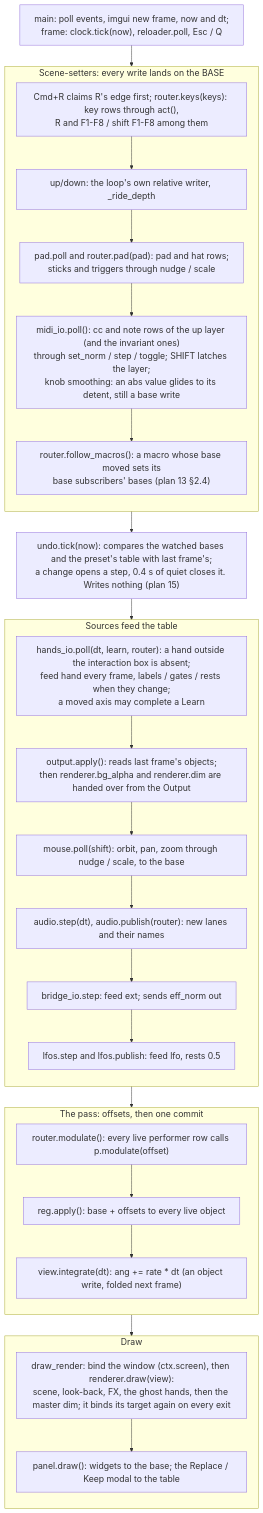
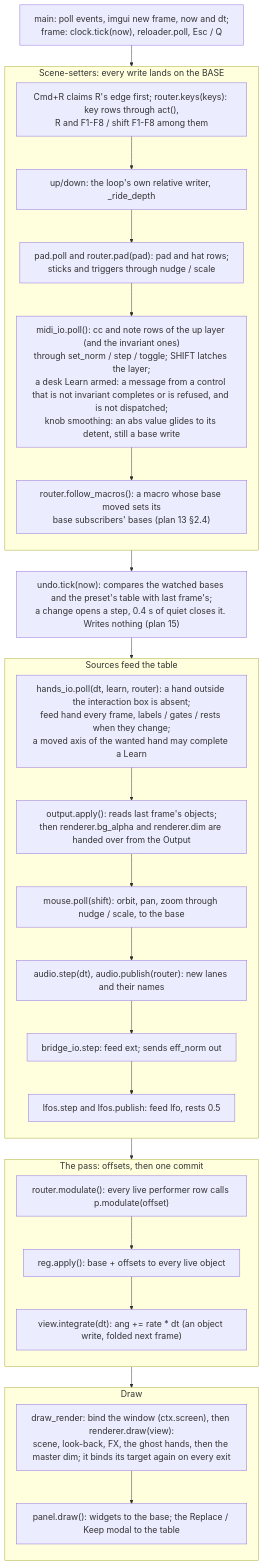
The diagram in hyperspace-python/docs/ARCHITECTURE.md (Cutaiar/hyperspace), drawn with Mermaid before and after one commit. The commit also changed other lines of this file and 5 other files, not shown here.

First line of the commit message:
Plan 17 WP6: ARCHITECTURE and ENGINEERING describe Learn, Unbind and the desk as built

````diff
--- a/hyperspace-python/docs/ARCHITECTURE.md
+++ b/hyperspace-python/docs/ARCHITECTURE.md
@@ -73,43 +73,43 @@
 ```mermaid
 %%{init: {"themeVariables": {"fontSize": "18px"}, "flowchart": {"nodeSpacing": 28, "rankSpacing": 44, "wrappingWidth": 420}}}%%
 flowchart TB
     S0["main: poll events, imgui new frame, now and dt;<br/>frame: clock.tick(now), reloader.poll, Esc / Q"]
     subgraph setters ["Scene-setters: every write lands on the BASE"]
         direction TB
         S1["Cmd+R claims R's edge first; router.keys(keys): key rows through act(),<br/>R and F1-F8 / shift F1-F8 among them"]
         S2["up/down: the loop's own relative writer, _ride_depth"]
         S3["pad.poll and router.pad(pad): pad and hat rows;<br/>sticks and triggers through nudge / scale"]
-        S4["midi_io.poll(): cc and note rows of the up layer (and the invariant ones)<br/>through set_norm / step / toggle; SHIFT latches the layer;<br/>knob smoothing: an abs value glides to its detent, still a base write"]
+        S4["midi_io.poll(): cc and note rows of the up layer (and the invariant ones)<br/>through set_norm / step / toggle; SHIFT latches the layer;<br/>a desk Learn armed: a message from a control that is not invariant completes or is refused, and is not dispatched;<br/>knob smoothing: an abs value glides to its detent, still a base write"]
         S4b["router.follow_macros(): a macro whose base moved sets its<br/>base subscribers' bases (plan 13 §2.4)"]
         S1 --> S2 --> S3 --> S4 --> S4b
     end
     U["undo.tick(now): compares the watched bases and the preset's table with last frame's;<br/>a change opens a step, 0.4 s of quiet closes it. Writes nothing (plan 15)"]
     subgraph feeds ["Sources feed the table"]
         direction TB
-        S5["hands_io.poll(dt, learn, router): a hand outside the interaction box is absent;<br/>feed hand every frame, labels / gates / rests when they change;<br/>a moved axis may complete a Learn"]
+        S5["hands_io.poll(dt, learn, router): a hand outside the interaction box is absent;<br/>feed hand every frame, labels / gates / rests when they change;<br/>a moved axis of the wanted hand may complete a Learn"]
         S6["output.apply(): reads last frame's objects;<br/>then renderer.bg_alpha and renderer.dim are handed over from the Output"]
         S7["mouse.poll(shift): orbit, pan, zoom through nudge / scale, to the base"]
         S8["audio.step(dt), audio.publish(router): new lanes and their names"]
         S9["bridge_io.step: feed ext; sends eff_norm out"]
         S10["lfos.step and lfos.publish: feed lfo, rests 0.5"]
         S5 --> S6 --> S7 --> S8 --> S9 --> S10
     end
     subgraph pass ["The pass: offsets, then one commit"]
         direction TB
         S11["router.modulate(): every live performer row calls p.modulate(offset)"]
         S12["reg.apply(): base + offsets to every live object"]
         S13["view.integrate(dt): ang += rate * dt (an object write, folded next frame)"]
         S11 --> S12 --> S13
     end
     subgraph draw ["Draw"]
         direction TB
         S14["draw_render: bind the window (ctx.screen), then renderer.draw(view):<br/>scene, look-back, FX, the ghost hands, then the master dim; it binds its target again on every exit"]
         S15["panel.draw(): widgets to the base; the Replace / Keep modal to the table"]
         S14 --> S15
     end
     S0 --> S1
     S4b --> U
     U --> S5
     S10 --> S11
     S13 --> S14
 ```
````
